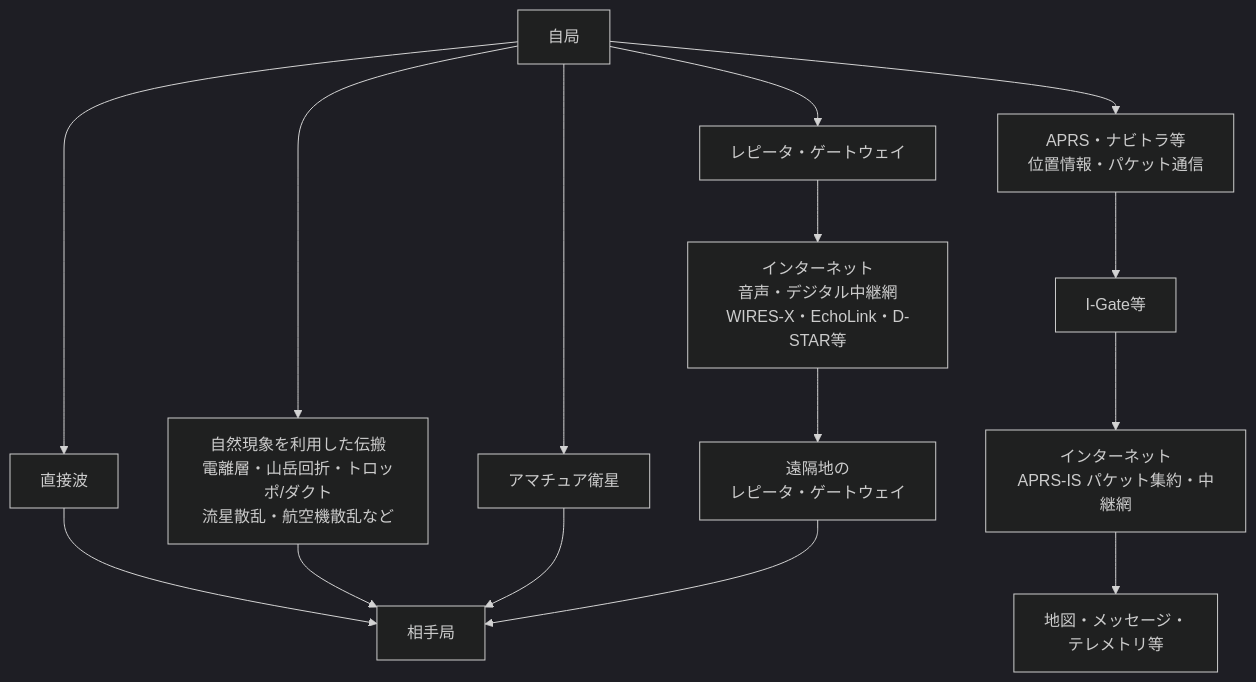
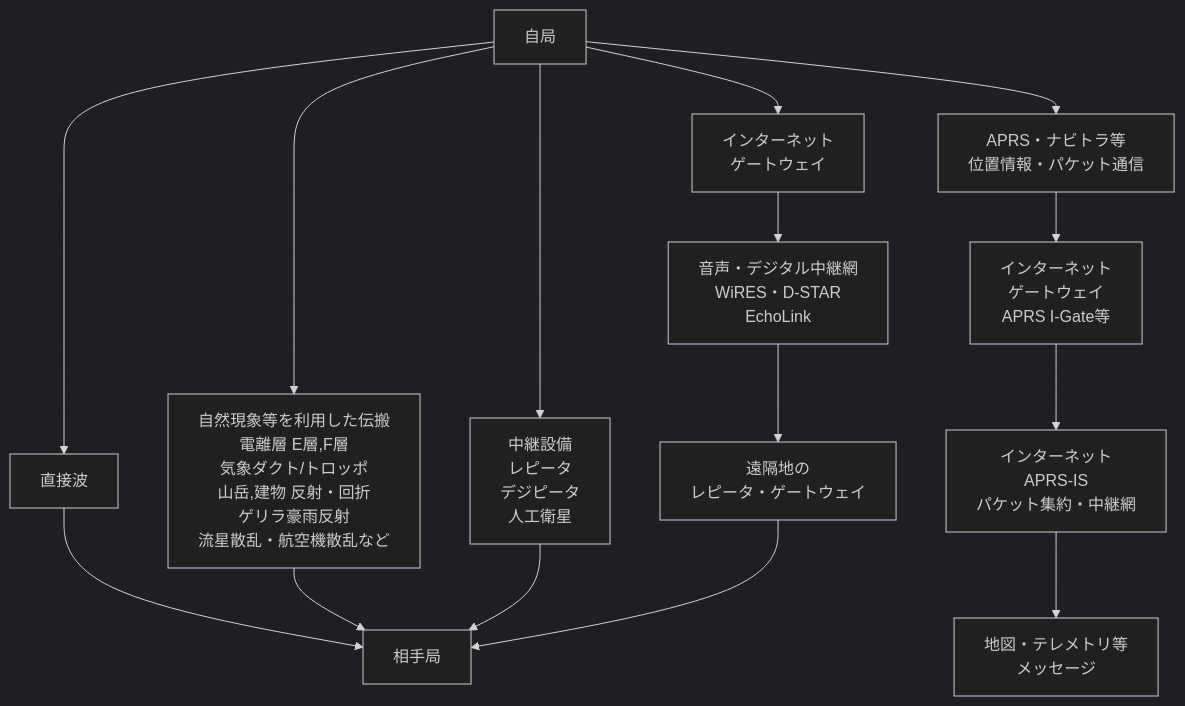
The second of 2 diagrams in docs/00_概要/アマチュア無線とは.md (CQAKIBA/AmateurRadio-Handbook), drawn with Mermaid (dark theme) before and after one commit. The commit also changed other lines of this file, not shown here.

First line of the commit message:
Update diagrams for clarity and detail

````diff
--- a/docs/00_概要/アマチュア無線とは.md
+++ b/docs/00_概要/アマチュア無線とは.md
@@ -199,19 +201,21 @@
 ```mermaid
 flowchart TB
     A["自局"]
     B["相手局"]
 
     A --> D["直接波"] --> B
-    A --> N["自然現象を利用した伝搬<br>電離層・山岳回折・トロッポ/ダクト<br>流星散乱・航空機散乱など"] --> B
-    A --> S["アマチュア衛星"] --> B
+
+    A --> N["自然現象等を利用した伝搬<br>電離層 E層,F層<br>気象ダクト/トロッポ<br>山岳,建物 反射・回折<br>ゲリラ豪雨反射<br>流星散乱・航空機散乱など"] --> B
+
+    A --> S["中継設備<br>レピータ<br>デジピータ<br>人工衛星"] --> B
+
+    A --> R1["インターネット<br>ゲートウェイ"]
+    R1 --> VOIP["音声・デジタル中継網<br>WiRES・D-STAR<br>EchoLink"]
+    VOIP --> R2["遠隔地の<br>レピータ・ゲートウェイ"]
+    R2 --> B
 
     A --> P["APRS・ナビトラ等<br>位置情報・パケット通信"]
-    P --> IG["I-Gate等"]
-    IG --> IS["インターネット<br>APRS-IS パケット集約・中継網"]
-    IS --> APP["地図・メッセージ・<br>テレメトリ等"]
-
-    A --> R1["レピータ・ゲートウェイ"]
-    R1 --> VOIP["インターネット<br>音声・デジタル中継網<br>WIRES-X・EchoLink・D-STAR等"]
-    VOIP --> R2["遠隔地の<br>レピータ・ゲートウェイ"]
-    R2 --> B
+    P --> IG["インターネット<br>ゲートウェイ<br>APRS I-Gate等"]
+    IG --> IS["インターネット<br>APRS-IS<br>パケット集約・中継網"]
+    IS --> APP["地図・テレメトリ等<br>メッセージ"]
 ```
````
